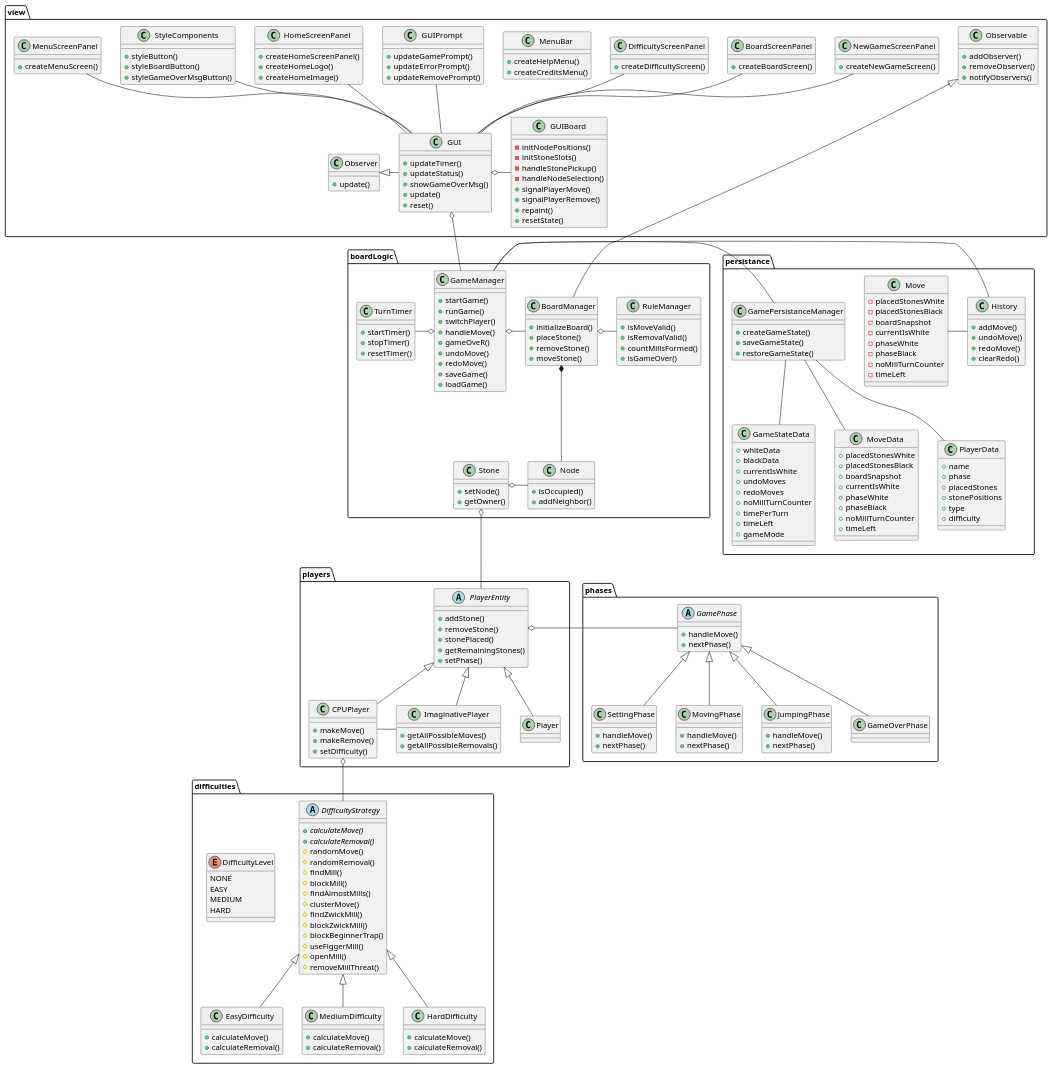
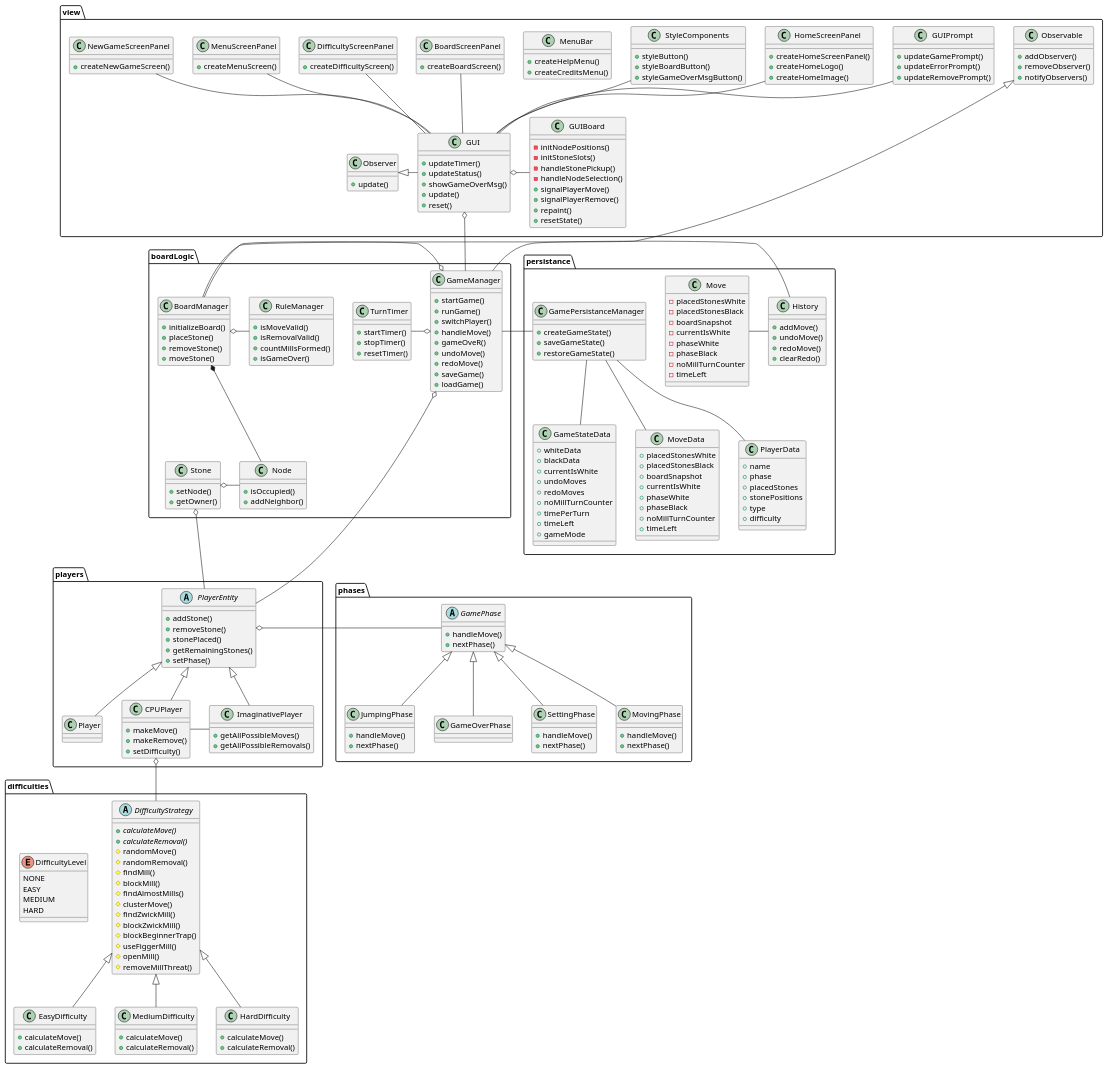
One commit to RyanMikus/muehlespiel_java_fs25 changed the diagram in Diagrams/ClassdiagrammV3.puml. Above: the diagram before and after it, drawn with PlantUML.

```diff
--- a/Diagrams/ClassdiagrammV3.puml
+++ b/Diagrams/ClassdiagrammV3.puml
@@ -271,6 +271,7 @@
 + styleGameOverMsgButton()
 }
 
+boardLogic.GameManager o-- players.PlayerEntity
 boardLogic.TurnTimer -o boardLogic.GameManager
 boardLogic.GameManager o- boardLogic.BoardManager
 
```
